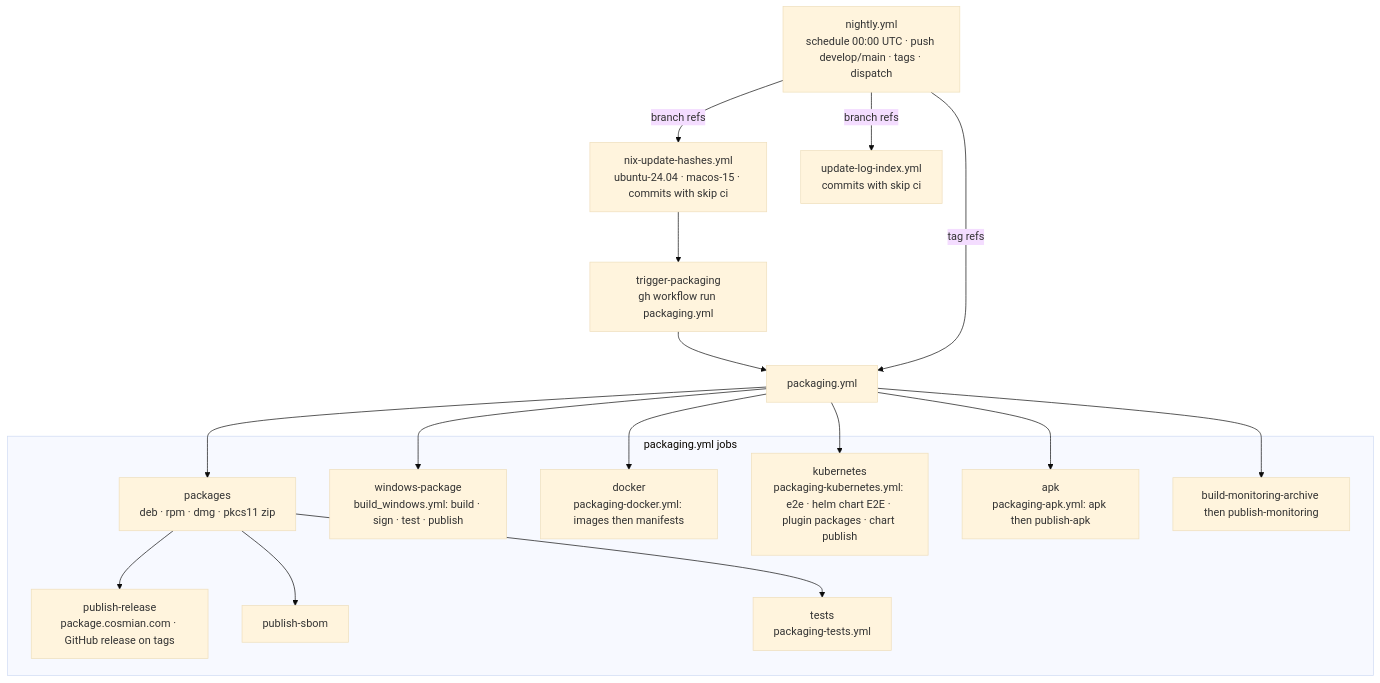
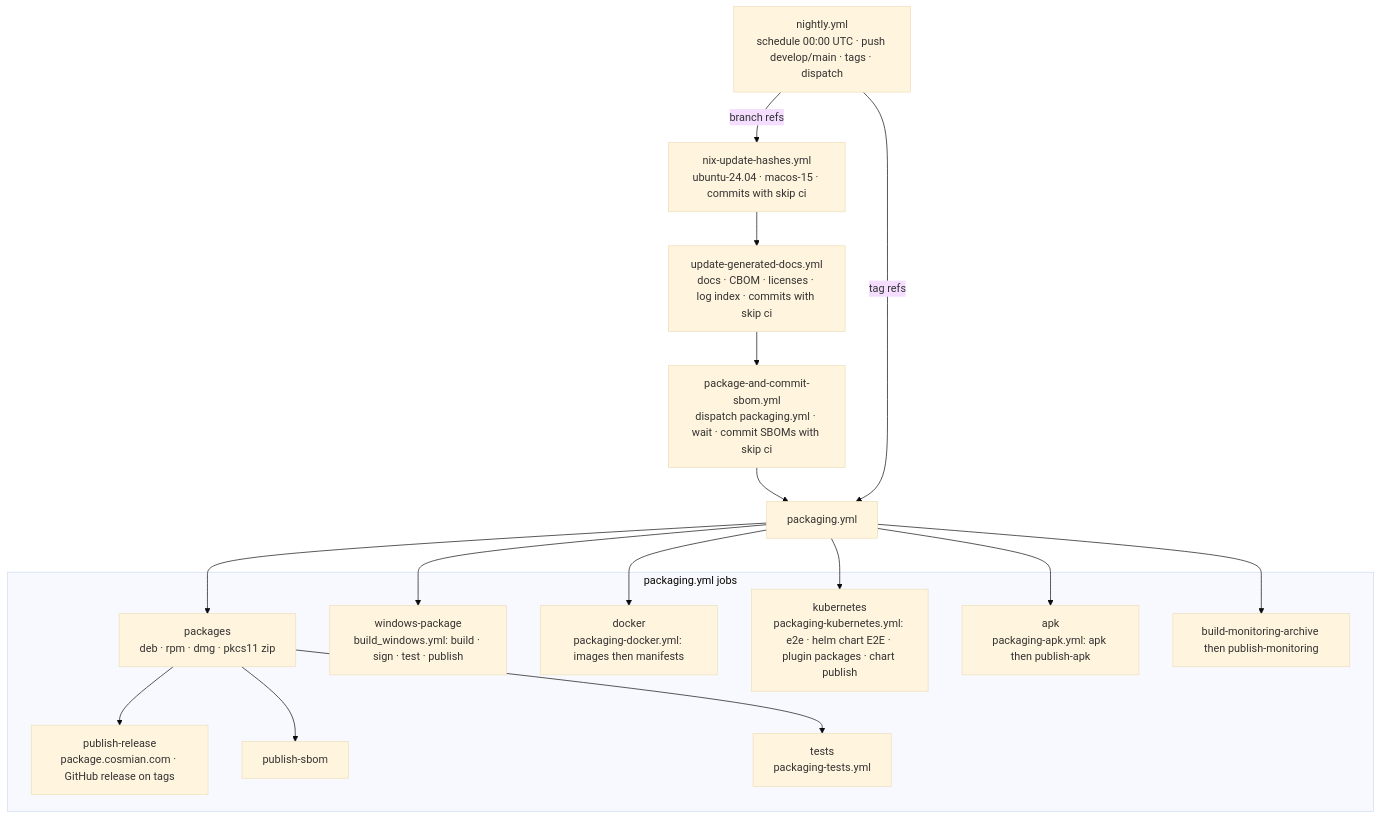
Before and after one commit to Cosmian/kms: the diagram in .github/workflows/README_nightly.md, drawn with Mermaid (base theme). The commit also changed other lines of this file and 7 other files, not shown here.

First line of the commit message:
ci: regenerate all release-generated files on nightly

````diff
--- a/.github/workflows/README_nightly.md
+++ b/.github/workflows/README_nightly.md
@@ -14,24 +14,23 @@
 ```mermaid
 flowchart TB
     Nightly["nightly.yml<br/>schedule 00:00 UTC · push develop/main · tags · dispatch"]
     Hashes["nix-update-hashes.yml<br/>ubuntu-24.04 · macos-15 · commits with skip ci"]
-    LogIdx["update-log-index.yml<br/>commits with skip ci"]
-    Trigger["trigger-packaging<br/>gh workflow run packaging.yml"]
+    Docs["update-generated-docs.yml<br/>docs · CBOM · licenses · log index · commits with skip ci"]
+    Trigger["package-and-commit-sbom.yml<br/>dispatch packaging.yml · wait · commit SBOMs with skip ci"]
     Pkg["packaging.yml"]
-    Nightly -- "branch refs" --> Hashes & LogIdx
-    Hashes --> Trigger --> Pkg
+    Nightly -- "branch refs" --> Hashes --> Docs --> Trigger --> Pkg
     Nightly -- "tag refs" --> Pkg
     subgraph PkgJobs["packaging.yml jobs"]
         Packages["packages<br/>deb · rpm · dmg · pkcs11 zip"]
         PubRel["publish-release<br/>package.cosmian.com · GitHub release on tags"]
         PubSbom["publish-sbom"]
         PkgTests["tests<br/>packaging-tests.yml"]
         WinPkg["windows-package<br/>build_windows.yml: build · sign · test · publish"]
         Docker["docker<br/>packaging-docker.yml: images then manifests"]
         K8s["kubernetes<br/>packaging-kubernetes.yml: e2e · helm chart E2E · plugin packages · chart publish"]
         Apk["apk<br/>packaging-apk.yml: apk then publish-apk"]
         Mon["build-monitoring-archive then publish-monitoring"]
     end
     Pkg --> Packages & WinPkg & Docker & K8s & Apk & Mon
     Packages --> PubRel & PubSbom & PkgTests
 ```
````
